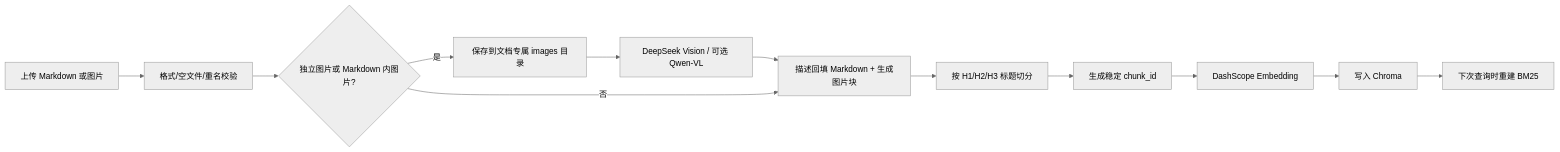
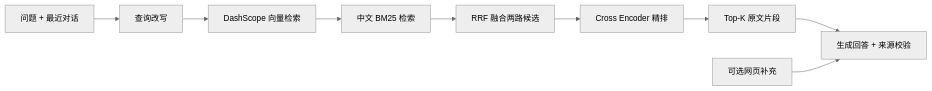
One commit to yuyuyuoo55/Personal_Notes_Review_Assistant changed the second of 3 diagrams in README.md. Above: the diagram before and after it, drawn with Mermaid (neutral theme). The commit also changed other lines of this file and 2 other files, not shown here.

````diff
--- a/README.md
+++ b/README.md
@@ -132,14 +66,11 @@
 ```mermaid
 flowchart LR
-    A[上传 Markdown 或图片] --> B[格式/空文件/重名校验]
-    B --> IMG{独立图片或 Markdown 内图片?}
-    IMG -->|是| LOCAL[保存到文档专属 images 目录]
-    LOCAL --> VLM[DeepSeek Vision / 可选 Qwen-VL]
-    VLM --> C[描述回填 Markdown + 生成图片块]
-    IMG -->|否| C
-    C --> H[按 H1/H2/H3 标题切分]
-    H --> D[生成稳定 chunk_id]
-    D --> E[DashScope Embedding]
-    E --> F[写入 Chroma]
-    F --> G[下次查询时重建 BM25]
+    A[问题 + 最近对话] --> B[查询改写]
+    B --> C[DashScope 向量检索]
+    C --> D[中文 BM25 检索]
+    D --> E[RRF 融合两路候选]
+    E --> F[Cross Encoder 精排]
+    F --> G[Top-K 原文片段]
+    G --> H[生成回答 + 来源校验]
+    W[可选网页补充] --> H
 ```
````
